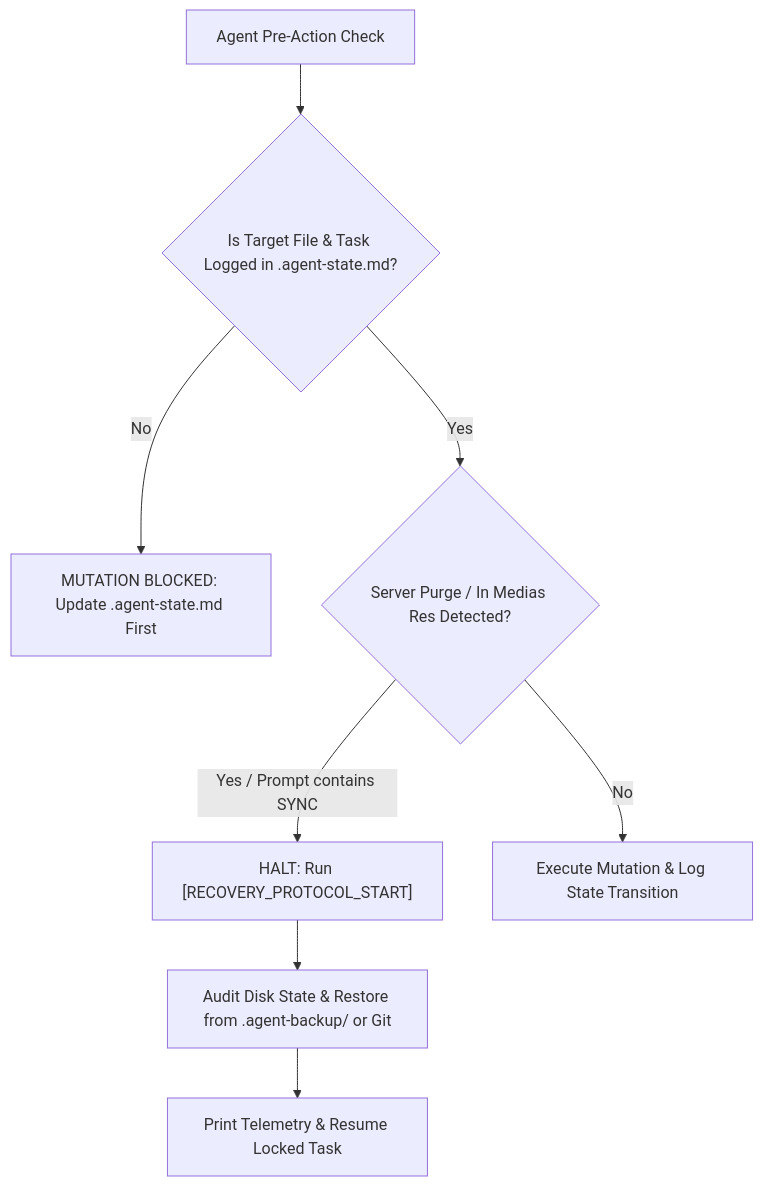
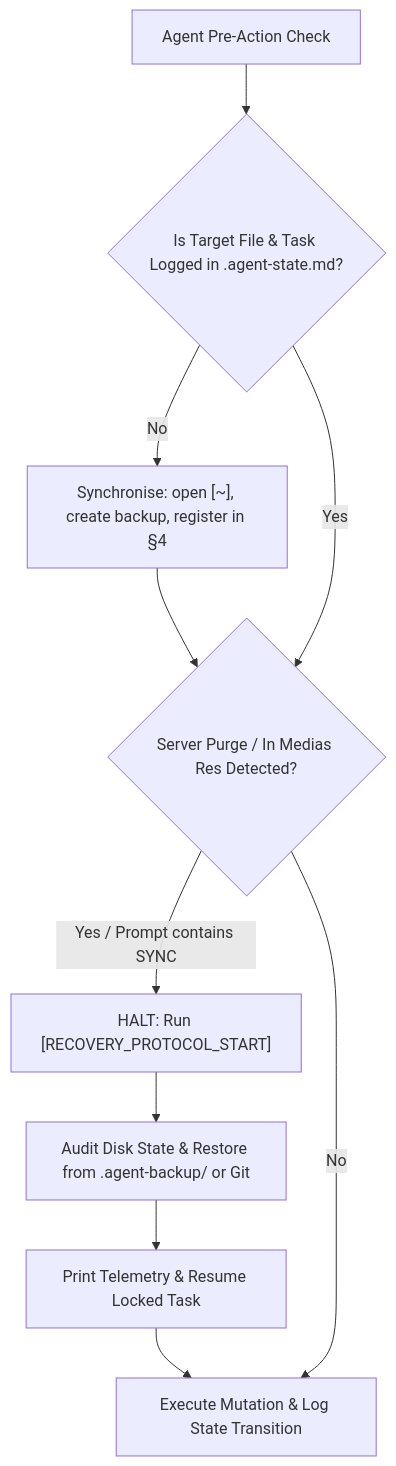
One commit to Barrixar/agent-context-guard changed the diagram in README.md. Above: the diagram before and after it, drawn with Mermaid. The commit also changed other lines of this file, not shown here.

````diff
--- a/README.md
+++ b/README.md
@@ -35,10 +35,12 @@
 ```mermaid
 flowchart TD
-    A["Agent Pre-Action Check"] --> B{"Is Target File &amp; Task Logged in .agent-state.md?"}
-    B -->|"No"| C["MUTATION BLOCKED: Update .agent-state.md First"]
+    A["Agent Pre-Action Check"] --> B{"Is Target File & Task Logged in .agent-state.md?"}
+    B -->|"No"| C["Synchronise: open [~], create backup, register in §4"]
+    C --> D
     B -->|"Yes"| D{"Server Purge / In Medias Res Detected?"}
     D -->|"Yes / Prompt contains SYNC"| E["HALT: Run [RECOVERY_PROTOCOL_START]"]
-    E --> F["Audit Disk State &amp; Restore from .agent-backup/ or Git"]
-    F --> G["Print Telemetry &amp; Resume Locked Task"]
-    D -->|"No"| H["Execute Mutation &amp; Log State Transition"]
+    E --> F["Audit Disk State & Restore from .agent-backup/ or Git"]
+    F --> G["Print Telemetry & Resume Locked Task"]
+    G --> H
+    D -->|"No"| H["Execute Mutation & Log State Transition"]
 ```
````
